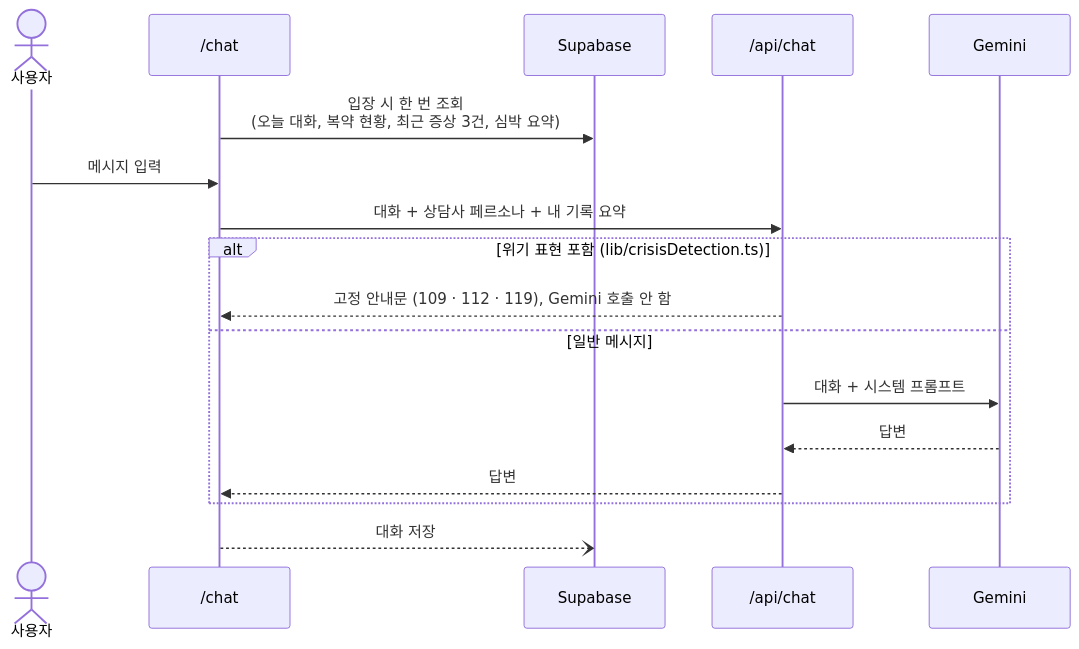
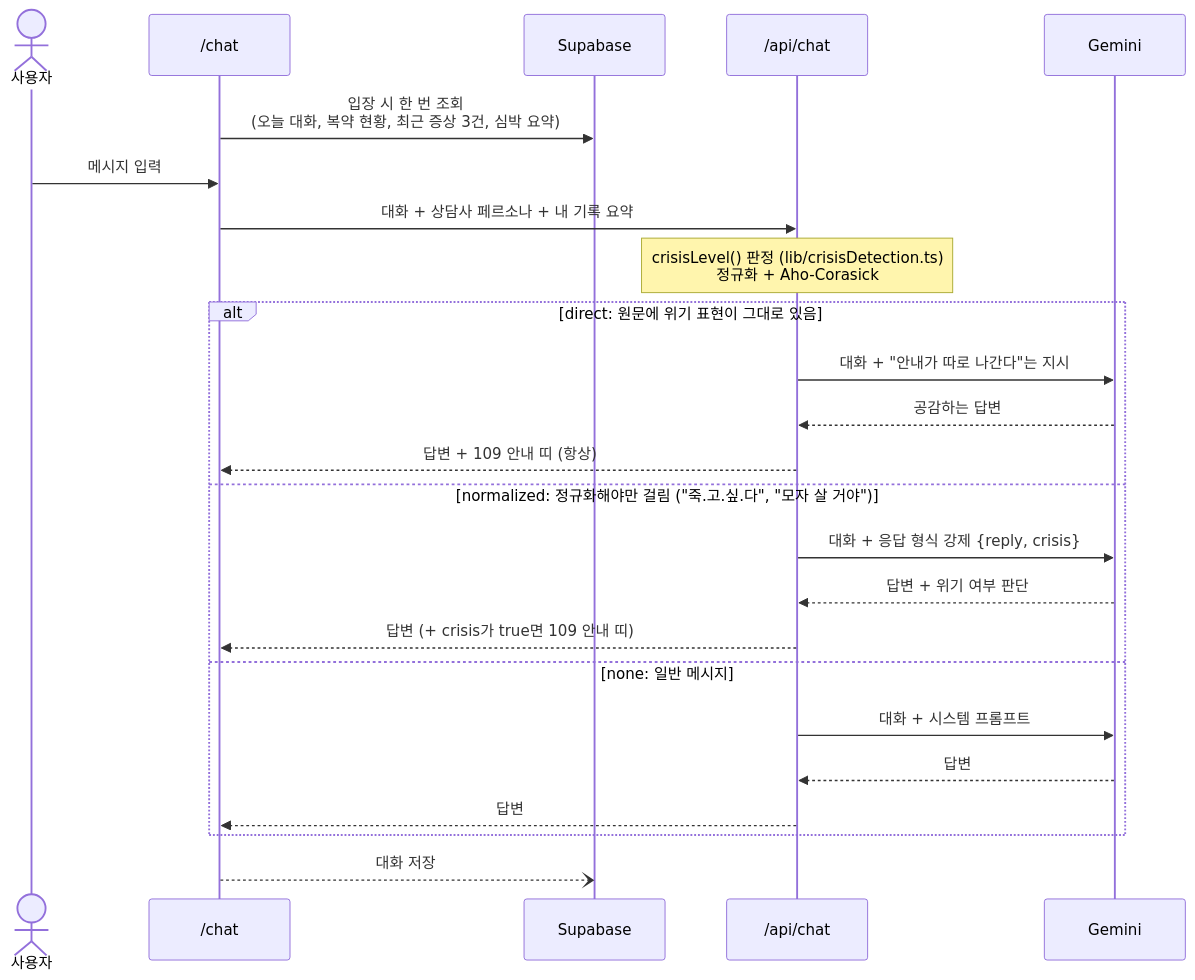
The third of 6 diagrams in README.md (hoi256678-cpu/ai-chat), drawn with Mermaid before and after one commit. The commit also changed other lines of this file, not shown here.

First line of the commit message:
Rewrite the crisis-detection section of the README around the problem

````diff
--- a/README.md
+++ b/README.md
@@ -140,20 +140,27 @@
 ```mermaid
 sequenceDiagram
     actor U as 사용자
     participant C as /chat
     participant DB as Supabase
     participant A as /api/chat
     participant G as Gemini
 
     C->>DB: 입장 시 한 번 조회<br/>(오늘 대화, 복약 현황, 최근 증상 3건, 심박 요약)
     U->>C: 메시지 입력
     C->>A: 대화 + 상담사 페르소나 + 내 기록 요약
-    alt 위기 표현 포함 (lib/crisisDetection.ts)
-        A-->>C: 고정 안내문 (109 · 112 · 119), Gemini 호출 안 함
-    else 일반 메시지
+    Note over A: crisisLevel() 판정 (lib/crisisDetection.ts)<br/>정규화 + Aho-Corasick
+    alt direct: 원문에 위기 표현이 그대로 있음
+        A->>G: 대화 + "안내가 따로 나간다"는 지시
+        G-->>A: 공감하는 답변
+        A-->>C: 답변 + 109 안내 띠 (항상)
+    else normalized: 정규화해야만 걸림 ("죽.고.싶.다", "모자 살 거야")
+        A->>G: 대화 + 응답 형식 강제 {reply, crisis}
+        G-->>A: 답변 + 위기 여부 판단
+        A-->>C: 답변 (+ crisis가 true면 109 안내 띠)
+    else none: 일반 메시지
         A->>G: 대화 + 시스템 프롬프트
         G-->>A: 답변
         A-->>C: 답변
     end
     C--)DB: 대화 저장
 ```
````
